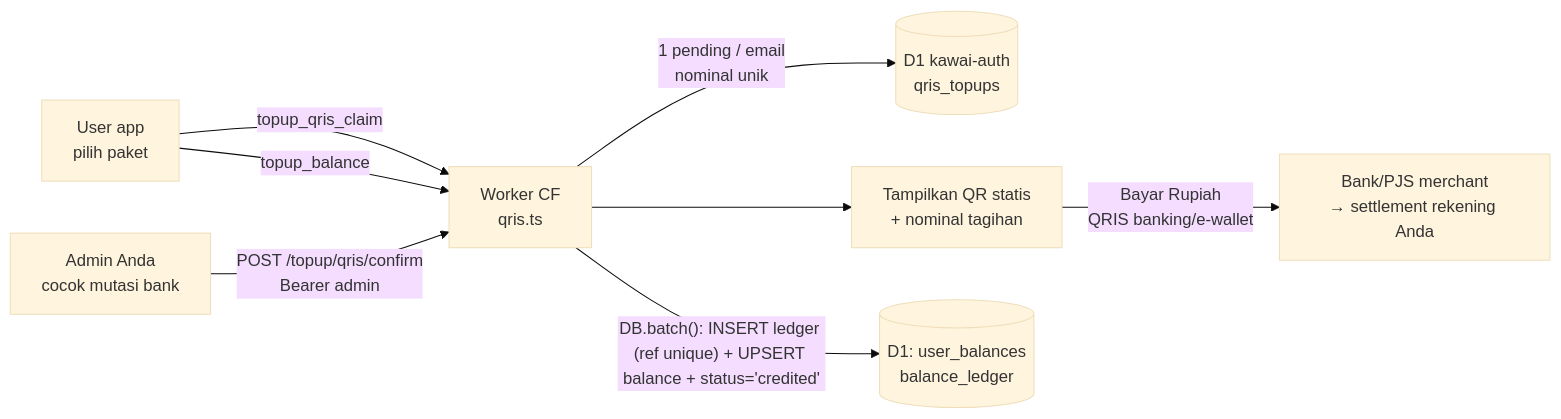
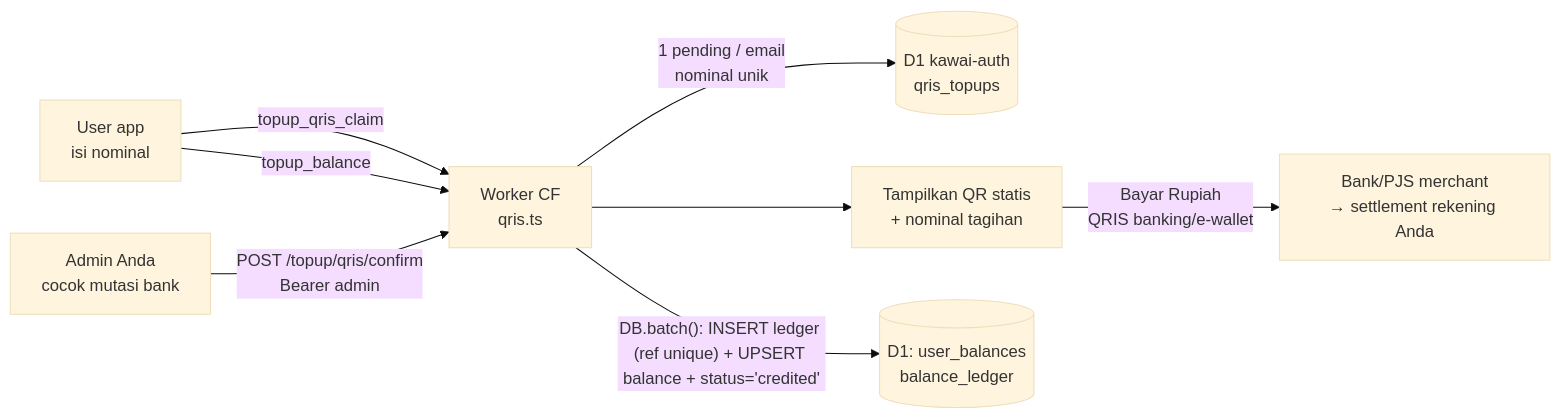
One commit to yudaprama/kawai changed the first of 2 diagrams in PLAN-qris-topup.md. Above: the diagram before and after it, drawn with Mermaid (base theme). The commit also changed other lines of this file and 15 other files, not shown here.

````diff
--- a/PLAN-qris-topup.md
+++ b/PLAN-qris-topup.md
@@ -46,10 +46,10 @@
 ```mermaid
 flowchart LR
-    U[User app<br/>pilih paket] -->|topup_qris_claim| W[Worker CF<br/>qris.ts]
+    U[User app<br/>isi nominal] -->|topup_qris_claim| W[Worker CF<br/>qris.ts]
     W -->|1 pending / email<br/>nominal unik| QT[(D1 kawai-auth<br/>qris_topups)]
     W --> U2[Tampilkan QR statis<br/>+ nominal tagihan]
     U2 -->|Bayar Rupiah<br/>QRIS banking/e-wallet| B[Bank/PJS merchant<br/>→ settlement rekening Anda]
     A[Admin Anda<br/>cocok mutasi bank] -->|POST /topup/qris/confirm<br/>Bearer admin| W
     W -->|"DB.batch(): INSERT ledger (ref unique) + UPSERT balance + status='credited'"| D1[(D1: user_balances<br/>balance_ledger)]
     U -->|topup_balance| W
 ```
````
